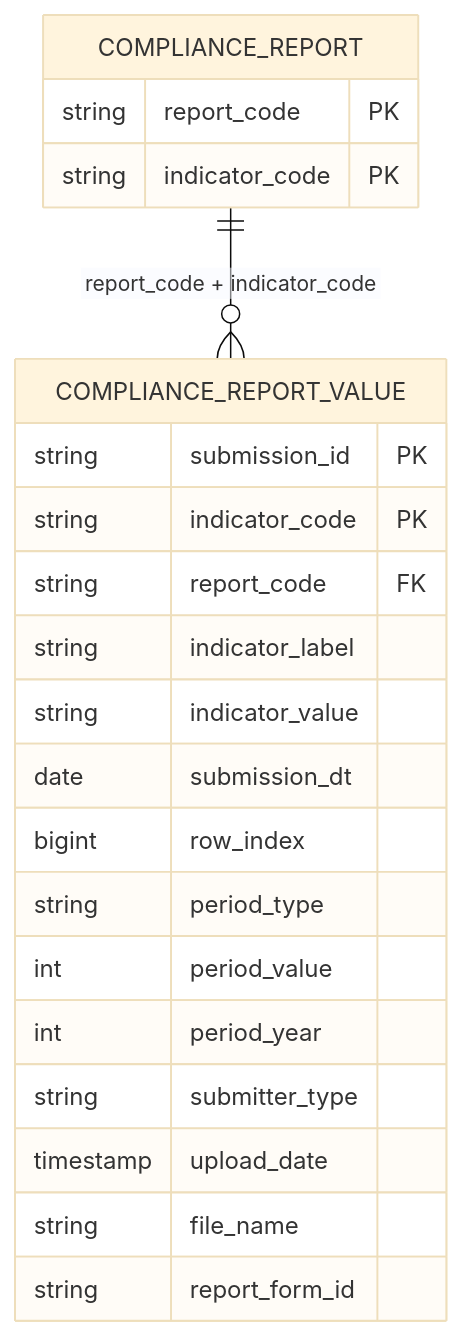
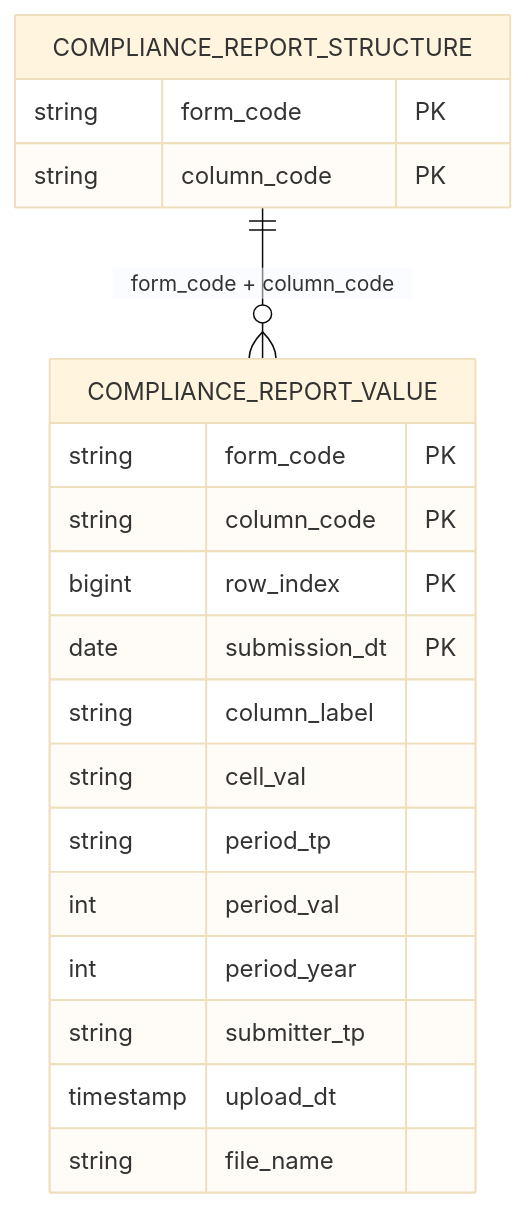
One commit to linhlvit/ubck_atomic_design changed the first of 2 diagrams in DataModel/working/Atomic/hld/TMS_HLD_Tier2.md. Above: the diagram before and after it, drawn with Mermaid (base theme). The commit also changed other lines of this file and 17 other files, not shown here.

````diff
--- a/DataModel/working/Atomic/hld/TMS_HLD_Tier2.md
+++ b/DataModel/working/Atomic/hld/TMS_HLD_Tier2.md
@@ -17,25 +17,23 @@
 ```mermaid
 erDiagram
-    COMPLIANCE_REPORT {
-        string report_code PK
-        string indicator_code PK
+    COMPLIANCE_REPORT_STRUCTURE {
+        string form_code PK
+        string column_code PK
     }
     COMPLIANCE_REPORT_VALUE {
-        string submission_id PK
-        string indicator_code PK
-        string report_code FK
-        string indicator_label
-        string indicator_value
-        date submission_dt
-        bigint row_index
-        string period_type
-        int period_value
+        string form_code PK
+        string column_code PK
+        bigint row_index PK
+        date submission_dt PK
+        string column_label
+        string cell_val
+        string period_tp
+        int period_val
         int period_year
-        string submitter_type
-        timestamp upload_date
+        string submitter_tp
+        timestamp upload_dt
         string file_name
-        string report_form_id
     }
 
-    COMPLIANCE_REPORT ||--o{ COMPLIANCE_REPORT_VALUE : "report_code + indicator_code"
+    COMPLIANCE_REPORT_STRUCTURE ||--o{ COMPLIANCE_REPORT_VALUE : "form_code + column_code"
 ```
````
